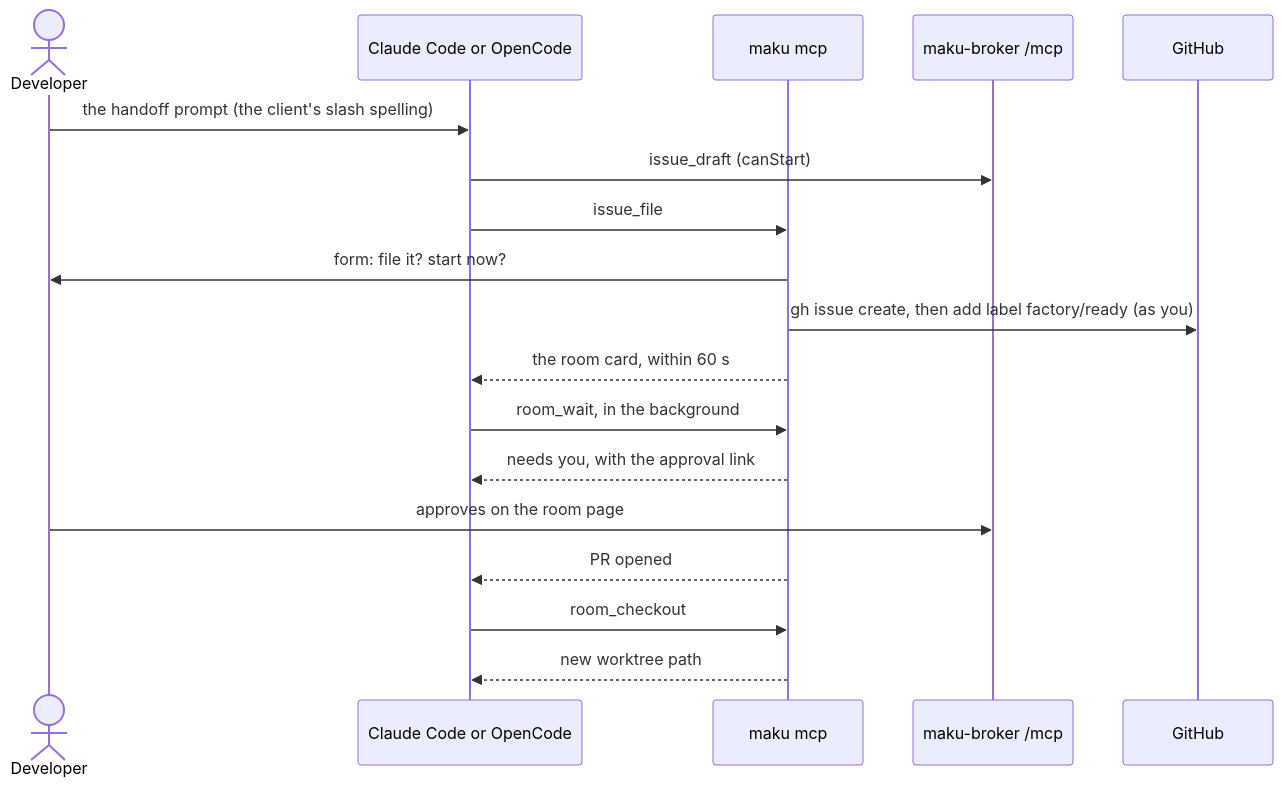
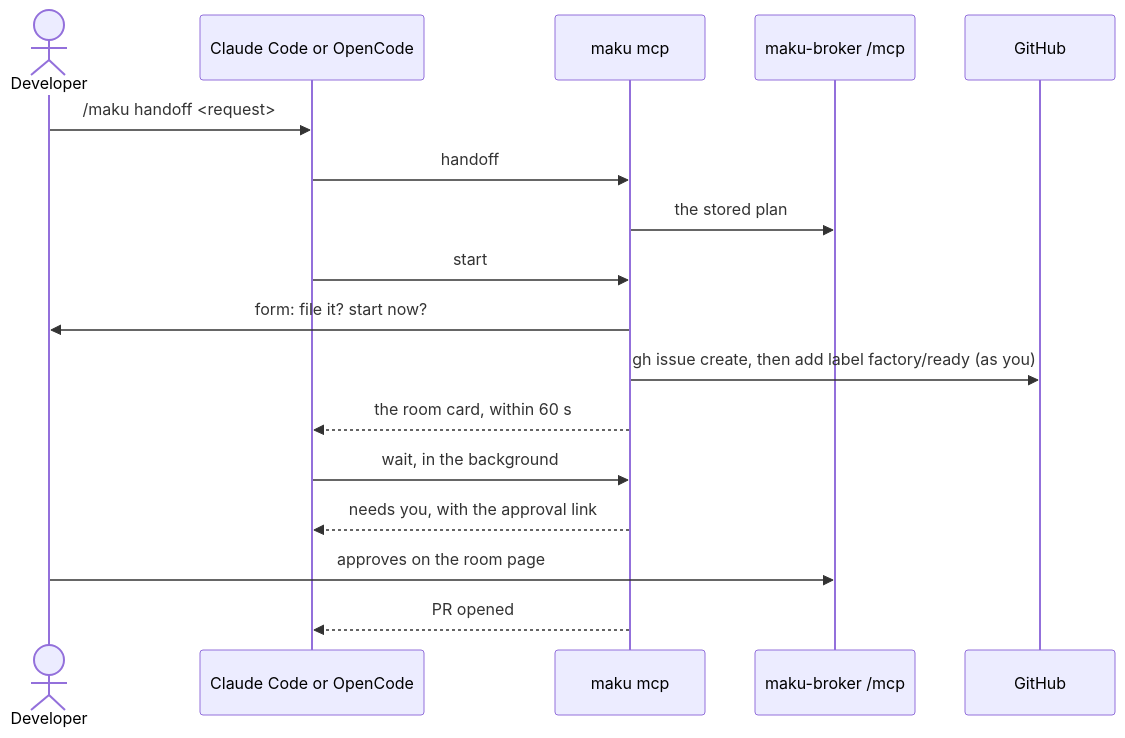
One commit to Smana/ai-native-ref changed the diagram in docs/runbooks/agent-factory/19-factory-from-your-agent.md. Above: the diagram before and after it, drawn with Mermaid. The commit also changed other lines of this file and 1 other file, not shown here.

First line of the commit message:
docs(runbooks): runbook 19 on the six-tool Maku surface

````diff
--- a/docs/runbooks/agent-factory/19-factory-from-your-agent.md
+++ b/docs/runbooks/agent-factory/19-factory-from-your-agent.md
@@ -10,20 +10,19 @@
 ```mermaid
 sequenceDiagram
   actor Dev as Developer
   participant A as Claude Code or OpenCode
   participant R as maku mcp
   participant B as maku-broker /mcp
   participant GH as GitHub
-  Dev->>A: the handoff prompt (the client's slash spelling)
-  A->>B: issue_draft (canStart)
-  A->>R: issue_file
+  Dev->>A: /maku handoff <request>
+  A->>R: handoff
+  R->>B: the stored plan
+  A->>R: start
   R->>Dev: form: file it? start now?
   R->>GH: gh issue create, then add label factory/ready (as you)
   R-->>A: the room card, within 60 s
-  A->>R: room_wait, in the background
+  A->>R: wait, in the background
   R-->>A: needs you, with the approval link
   Dev->>B: approves on the room page
   R-->>A: PR opened
-  A->>R: room_checkout
-  R-->>A: new worktree path
 ```
````
